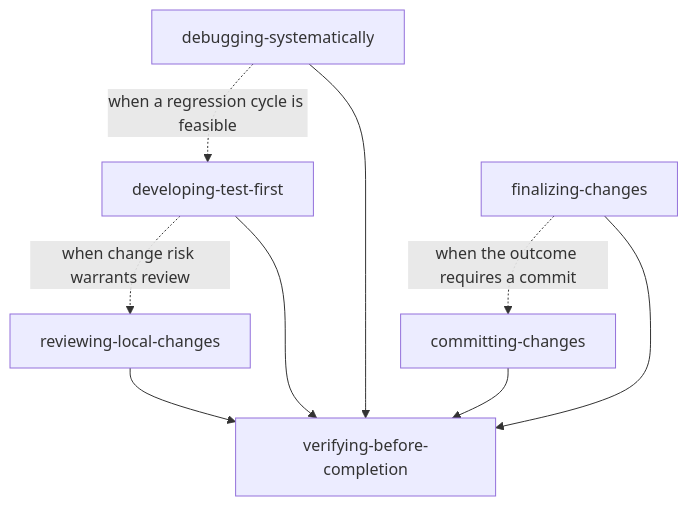
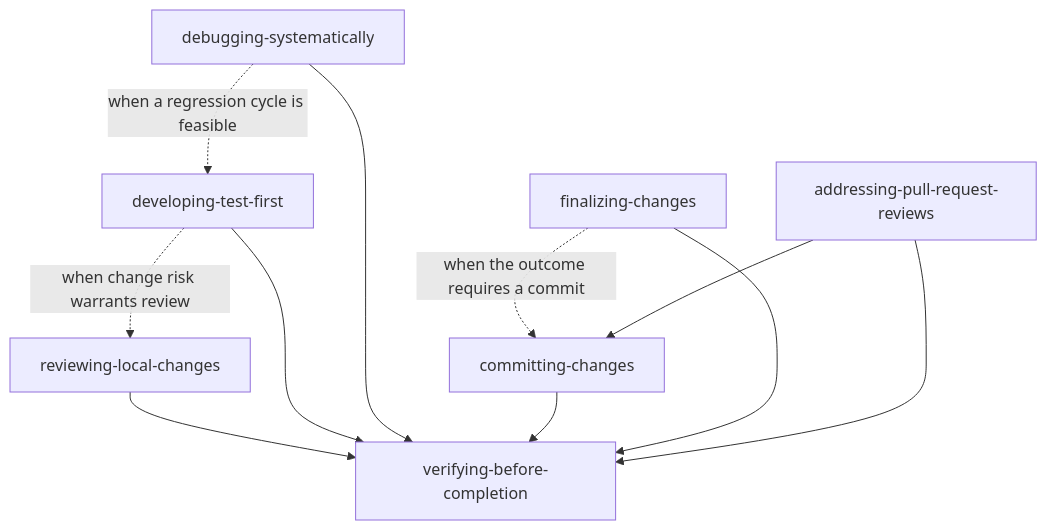
Before and after one commit to fgladisch/opencode-skills: the diagram in README.md, drawn with Mermaid. The commit also changed other lines of this file and 6 other files, not shown here.

Commit message:
✨ feat: add addressing-pull-request-reviews skill with a bounded wait script

````diff
--- a/README.md
+++ b/README.md
@@ -54,18 +55,21 @@
 ```mermaid
 flowchart TB
   SD["debugging-systematically"]
   TDD["developing-test-first"]
   CR["reviewing-local-changes"]
   V["verifying-before-completion"]
   C["committing-changes"]
   F["finalizing-changes"]
+  PR["addressing-pull-request-reviews"]
 
   SD -. "when a regression cycle is feasible" .-> TDD
   TDD -. "when change risk warrants review" .-> CR
   CR --> V
   TDD --> V
   SD --> V
   F -. "when the outcome requires a commit" .-> C
   C --> V
   F --> V
+  PR --> C
+  PR --> V
 ```
````
